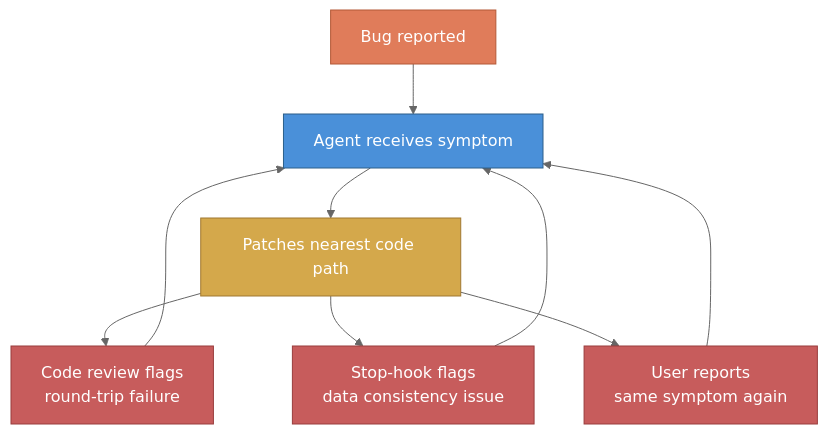
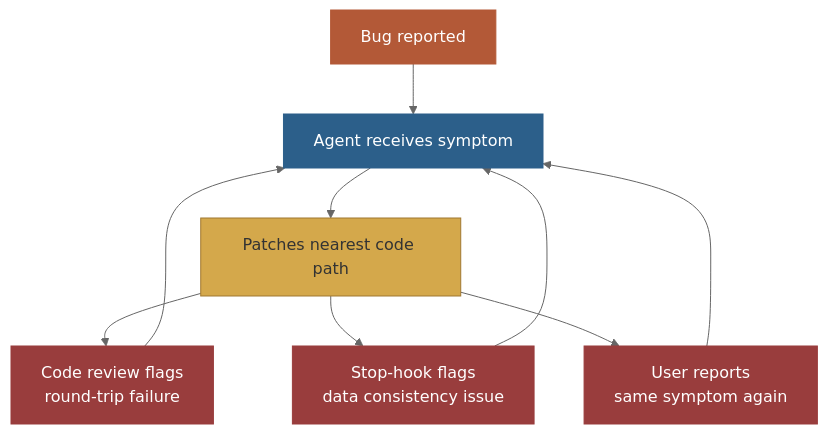
Before and after one commit to nathanjohnpayne/nathanpaynedotcom: the third of 5 diagrams in src/content/blog/six-prs-one-bug-agent-failure-modes.md, drawn with Mermaid (neutral theme). The commit also changed other lines of this file and 15 other files, not shown here.

Commit message:
fix(mermaid): enforce accessible label contrast (#748) (#750)

````diff
--- a/src/content/blog/six-prs-one-bug-agent-failure-modes.md
+++ b/src/content/blog/six-prs-one-bug-agent-failure-modes.md
@@ -282,18 +282,18 @@
 ```mermaid title="Symptom-patching feedback loop" description="The agent patches the nearest code path, then code review, a stop hook, and the user each report the same structural failure and send the agent back to patching without changing the underlying assumption."
 graph TD
     BUG["Bug reported"] --> AGENT["Agent receives symptom"]
     AGENT --> PATCH["Patches nearest code path"]
     PATCH --> REVIEW["Code review flags\nround-trip failure"]
     PATCH --> HOOK["Stop-hook flags\ndata consistency issue"]
     PATCH --> USER["User reports\nsame symptom again"]
     REVIEW --> AGENT
     HOOK --> AGENT
     USER --> AGENT
 
-    style BUG fill:#e07c5a,stroke:#b35937,color:#fff
-    style AGENT fill:#4a90d9,stroke:#2c5f8a,color:#fff
-    style PATCH fill:#d4a84b,stroke:#a07830,color:#fff
-    style REVIEW fill:#c75c5c,stroke:#993d3d,color:#fff
-    style HOOK fill:#c75c5c,stroke:#993d3d,color:#fff
-    style USER fill:#c75c5c,stroke:#993d3d,color:#fff
+    style BUG fill:#b35937,stroke:#b35937,color:#fff
+    style AGENT fill:#2c5f8a,stroke:#2c5f8a,color:#fff
+    style PATCH fill:#d4a84b,stroke:#a07830,color:#333
+    style REVIEW fill:#993d3d,stroke:#993d3d,color:#fff
+    style HOOK fill:#993d3d,stroke:#993d3d,color:#fff
+    style USER fill:#993d3d,stroke:#993d3d,color:#fff
 ```
````
